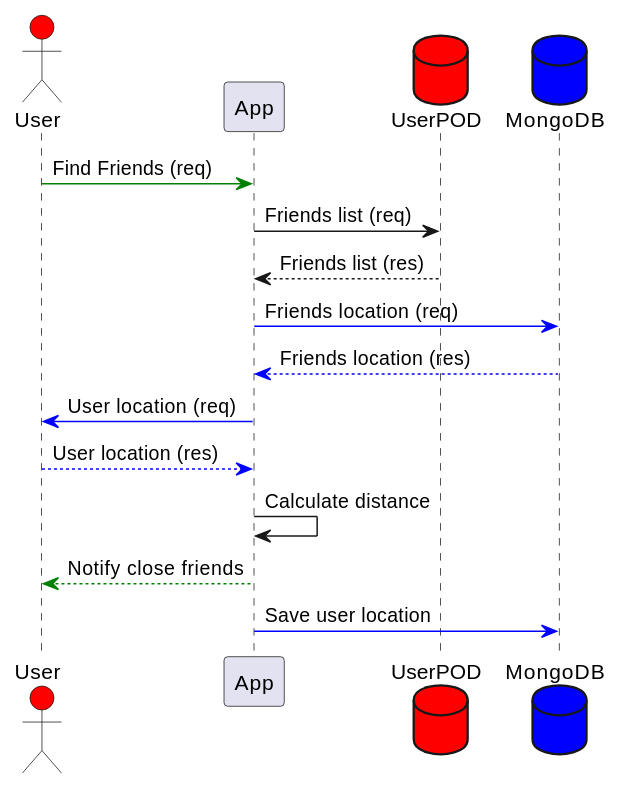
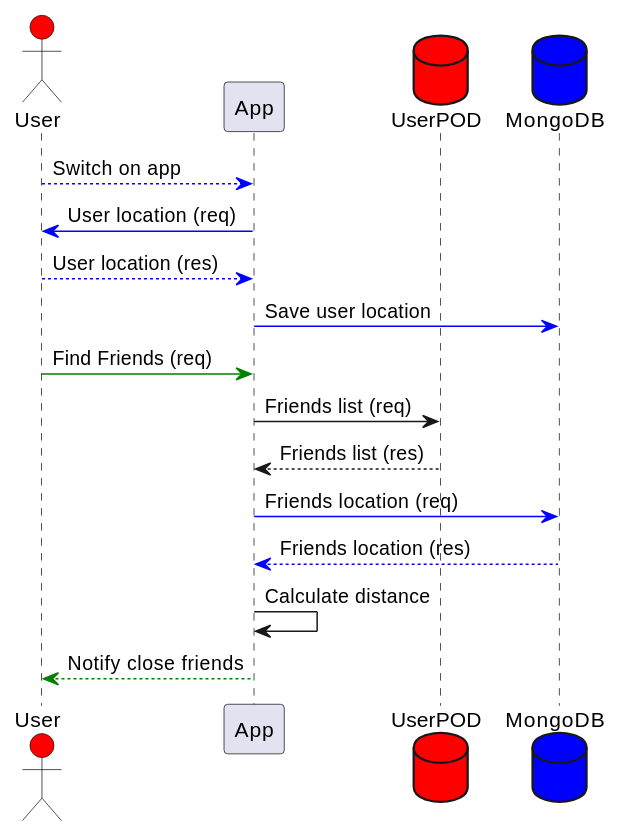
The second of 2 diagrams in webapp/docs/06_runtime_view.adoc (Arquisoft/radarin_es3b), drawn with PlantUML before and after one commit. The commit also changed other lines of this file, not shown here.

```diff
--- a/webapp/docs/06_runtime_view.adoc
+++ b/webapp/docs/06_runtime_view.adoc
@@ -65,19 +65,21 @@
 [plantuml,"location diagram",png]
 ----
 @startuml
 actor User #red
 participant App
 database UserPOD #red
 database MongoDB #blue
+App <[#blue]--  User: Switch on app
+App -[#blue]>  User: User location (req)
+App <[#blue]--  User: User location (res)
+App -[#blue]> MongoDB: Save user location
 User -[#green]> App: Find Friends (req)
 App -> UserPOD: Friends list (req)
 App <-- UserPOD: Friends list (res)
 App -[#blue]> MongoDB: Friends location (req)
 App <[#blue]-- MongoDB: Friends location (res)
-App -[#blue]>  User: User location (req)
-App <[#blue]--  User: User location (res)
 App -> App: Calculate distance
 App --[#green]> User: Notify close friends
-App -[#blue]> MongoDB: Save user location
+
 @enduml
 ----
```
